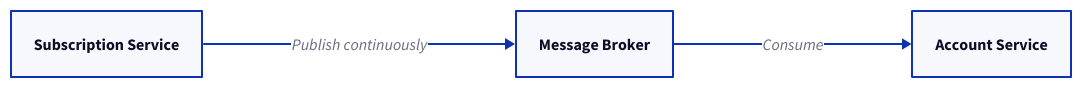
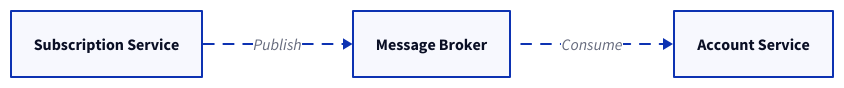
Before and after one commit to link1905/system-design-101: the tenth of 14 diagrams in content/web-service/service-cluster.md, drawn with D2. The commit also changed other lines of this file and 13 other files, not shown here.

````diff
--- a/content/web-service/service-cluster.md
+++ b/content/web-service/service-cluster.md
@@ -307,14 +312,18 @@
 ```d2
 direction: right
 m: Message Broker {
    class: mq
 }
 a: Subscription Service {
    class: server
 }
 b: Account Service {
    class: generic-error
 }
-a -> m: Publish continuously
-b <- m: Consume
+a -> m: Publish {
+  style.animated: true
+}
+b <- m: Consume {
+  style.animated: true
+}
 ```
````
